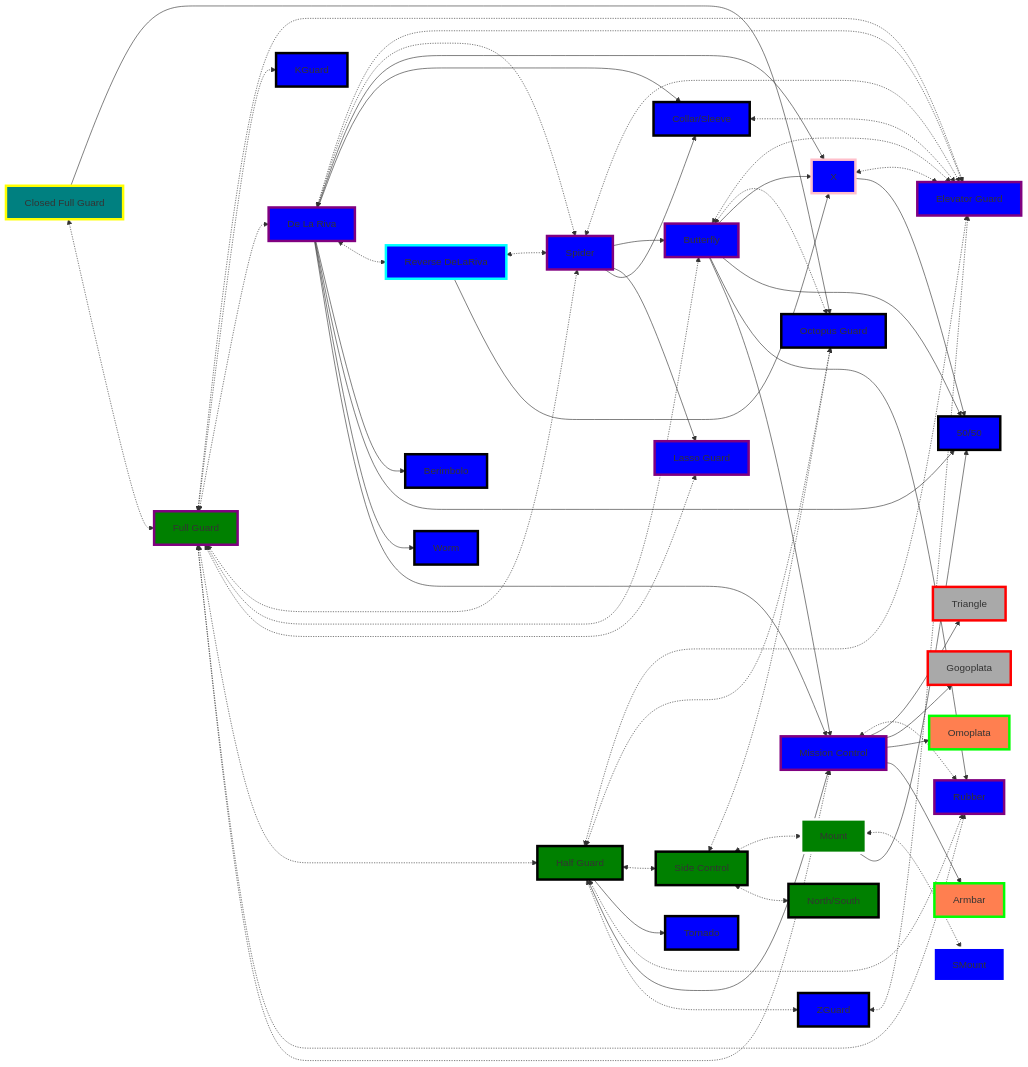
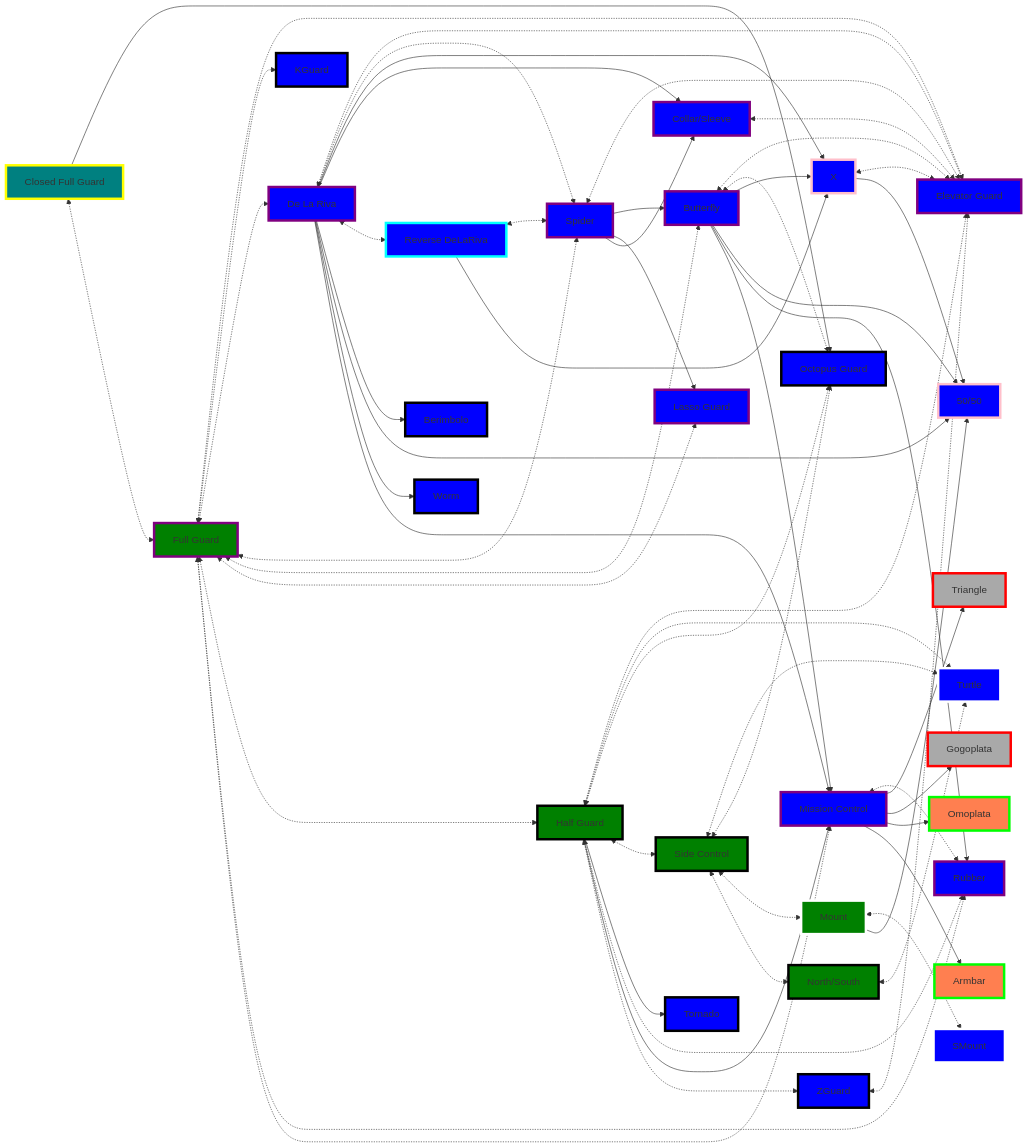
One commit to jacgit18/DevHiveMind changed the first of 4 diagrams in _Fitness/BJJ Priority Flows.md. Above: the diagram before and after it, drawn with Mermaid. The commit also changed other lines of this file, not shown here.

Commit message:
M "_Fitness/BJJ Priority Flows.md"

```diff
--- a/_Fitness/BJJ Priority Flows.md
+++ b/_Fitness/BJJ Priority Flows.md
@@ -41,6 +41,7 @@
 	Q[Rubber]
 	R[Mission Control]
 	Z[ZGuard]
+	Turtle[Turtle]
 	KGuard[KGuard]
 
 	OctopusGuard[Octopus Guard]
@@ -60,7 +61,10 @@
 	G <-.-> ElevatorGuard
 	H <-.-> ElevatorGuard
 	Z <-.-> ElevatorGuard
-
+	H <-.-> Turtle
+	I <-.-> Turtle
+	K <-.-> Turtle
+	
 	J <-.-> SMount
 	
 
@@ -112,13 +116,15 @@
 
 style SMount fill:blue,stroke:white,stroke-width:4px,shadow:shadow
 
+style ElevatorGuard fill:blue,stroke:purple,stroke-width:4px,shadow:shadow
+
 style OctopusGuard fill:blue,stroke:black,stroke-width:4px,shadow:shadow
 
 style Closed fill:teal,stroke:yellow,stroke-width:4px,shadow:shadow
 
+style Turtle fill:blue,stroke:White,stroke-width:4px,shadow:shadow
+
 style KGuard fill:blue,stroke:black,stroke-width:4px,shadow:shadow
-
-style ElevatorGuard fill:blue,stroke:purple,stroke-width:4px,shadow:shadow
 
 style A fill:green,stroke:purple,stroke-width:4px,shadow:shadow
 
@@ -132,7 +138,7 @@
 
 style F fill:blue,stroke:pink,stroke-width:4px,shadow:shadow
 
-style G fill:blue,stroke:black,stroke-width:4px,shadow:shadow
+style G fill:blue,stroke:purple,stroke-width:4px,shadow:shadow
 
 style H fill:green,stroke:black,stroke-width:4px,shadow:shadow
 
@@ -146,7 +152,7 @@
 
 style M fill:blue,stroke:black,stroke-width:4px,shadow:shadow
 
-style N fill:blue,stroke:black,stroke-width:4px,shadow:shadow
+style N fill:blue,stroke:pink,stroke-width:4px,shadow:shadow
 
 style O fill:blue,stroke:black,stroke-width:4px,shadow:shadow
 
```
